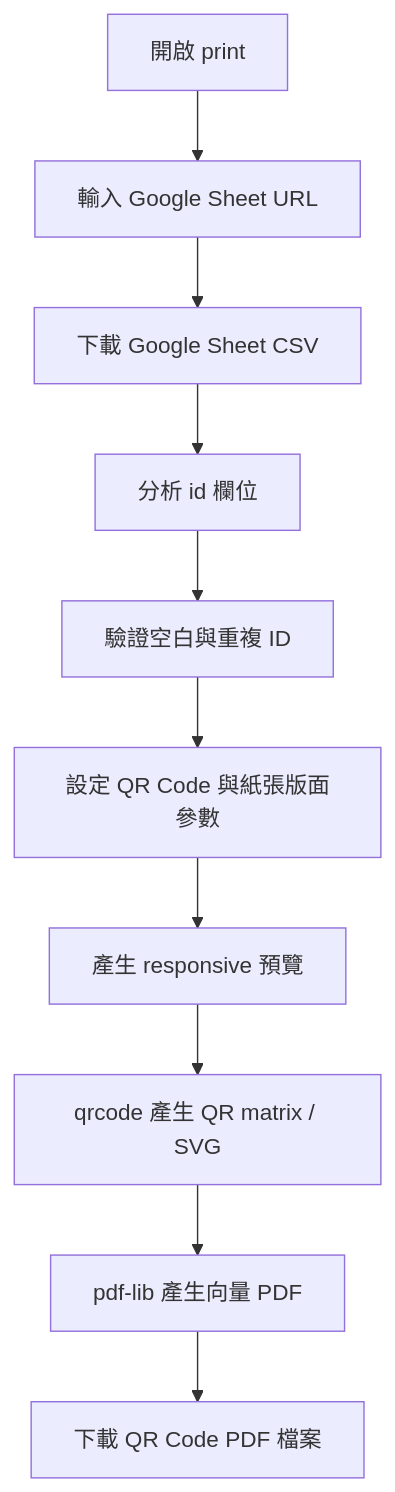
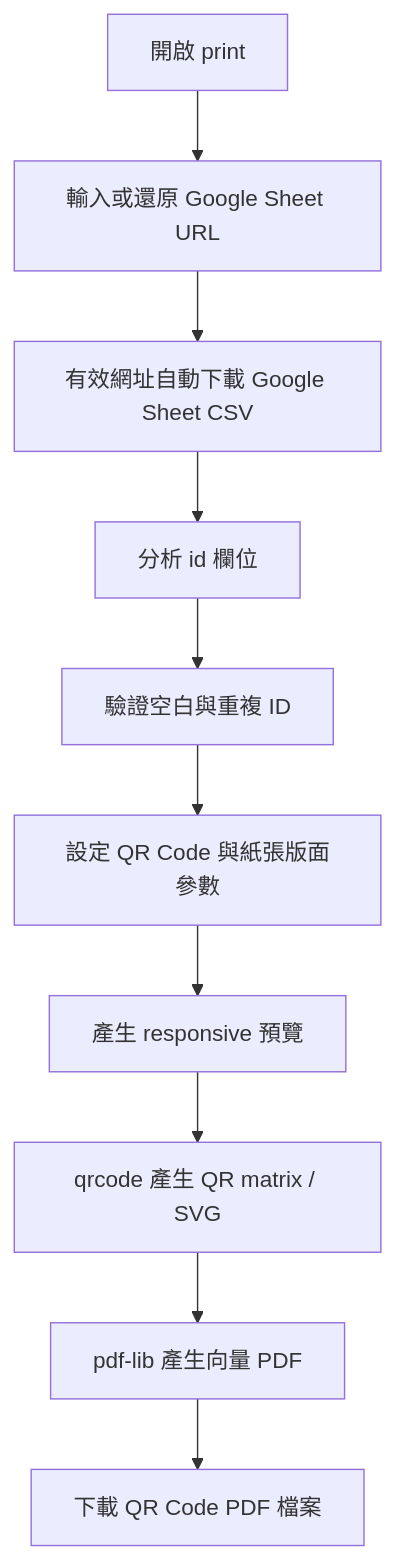
One commit to pulipulichen/Mobile-Inventory-Scanner changed the fourth of 5 diagrams in docs/architecture.md. Above: the diagram before and after it, drawn with Mermaid. The commit also changed other lines of this file and 36 other files, not shown here.

````diff
--- a/docs/architecture.md
+++ b/docs/architecture.md
@@ -215,12 +216,12 @@
 ```mermaid
 flowchart TB
-    A["開啟 print"] --> B["輸入 Google Sheet URL"]
-    B --> C["下載 Google Sheet CSV"]
+    A["開啟 print"] --> B["輸入或還原 Google Sheet URL"]
+    B --> C["有效網址自動下載 Google Sheet CSV"]
     C --> D["分析 id 欄位"]
     D --> E["驗證空白與重複 ID"]
     E --> F["設定 QR Code 與紙張版面參數"]
     F --> G["產生 responsive 預覽"]
     G --> H["qrcode 產生 QR matrix / SVG"]
     H --> I["pdf-lib 產生向量 PDF"]
     I --> J["下載 QR Code PDF 檔案"]
 ```
````
